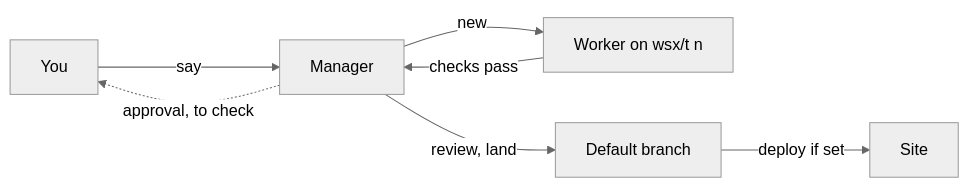
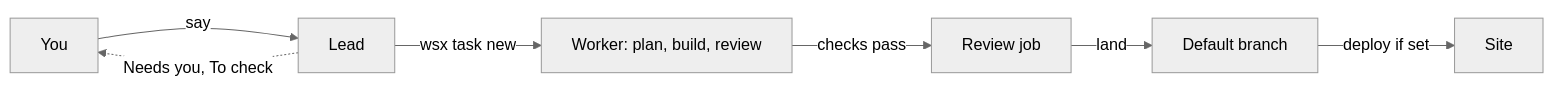
The diagram in README.md (vlwkaos/wsx), drawn with Mermaid (neutral theme) before and after one commit. The commit also changed other lines of this file and 1 other file, not shown here.

First line of the commit message:
readme: the lead flow in one model

````diff
--- a/README.md
+++ b/README.md
@@ -20,9 +20,9 @@
 ```mermaid
 flowchart LR
-  O[You] -->|say| M[Manager]
-  M -->|new| W[Worker on wsx/t n]
-  W -->|checks pass| M
-  M -->|review, land| D[Default branch]
+  O[You] -->|say| L[Lead]
+  L -->|wsx task new| W[Worker: plan, build, review]
+  W -->|checks pass| R[Review job]
+  R -->|land| D[Default branch]
   D -->|deploy if set| S[Site]
-  M -.->|approval, to check| O
+  L -.->|Needs you, To check| O
 ```
````
